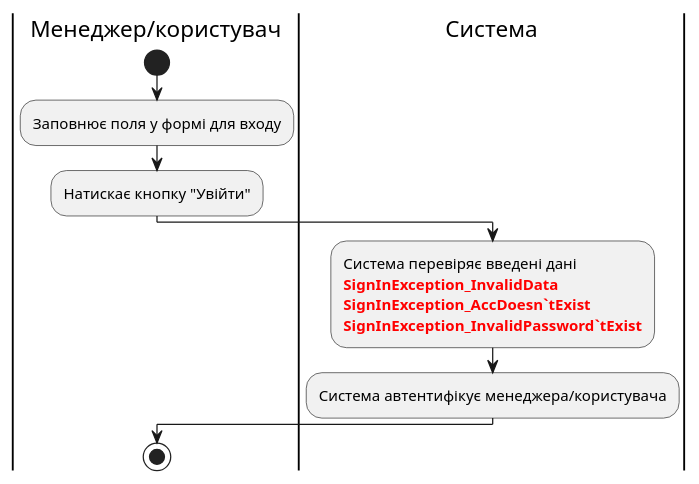
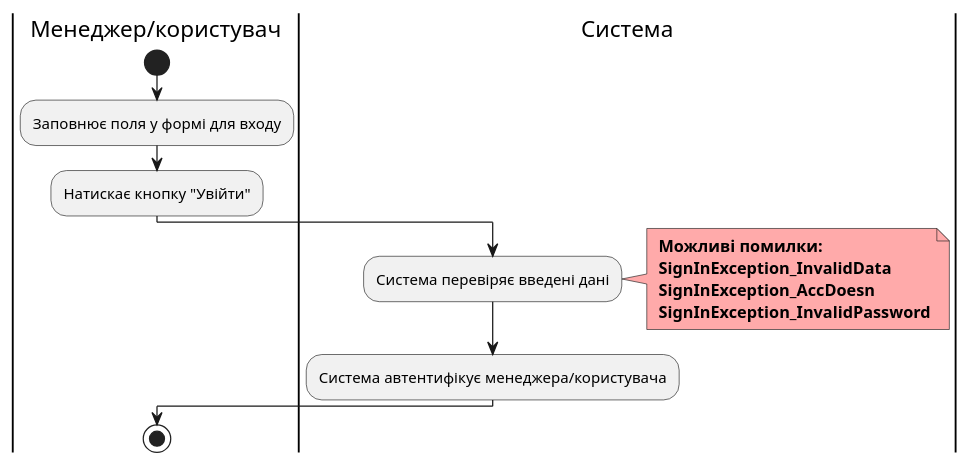
The fifth of 21 diagrams in docs/use cases/README.md (vlad13242/TaskForge), drawn with PlantUML before and after one commit. The commit also changed other lines of this file and 1 other file, not shown here.

Commit message:
shenge all diagram errors

```diff
--- a/docs/use cases/README.md
+++ b/docs/use cases/README.md
@@ -260,18 +264,21 @@
 @startuml
 
     |Менеджер/користувач|
     start;
     :Заповнює поля у формі для входу;
     :Натискає кнопку "Увійти";
     
     |Система|
-    :Система перевіряє введені дані
-    <font color="red">**SignInException_InvalidData**
-    <font color="red">**SignInException_AccDoesn`tExist**
-    <font color="red">**SignInException_InvalidPassword`tExist**;
+    :Система перевіряє введені дані;
+    note right #ffaaaa
+    <b> Можливі помилки:
+    <b> SignInException_InvalidData
+    <b> SignInException_AccDoesn
+    <b> SignInException_InvalidPassword
+    end note
     :Система автентифікує менеджера/користувача;
     
     |Менеджер/користувач|
     stop;
 
 @enduml
```
